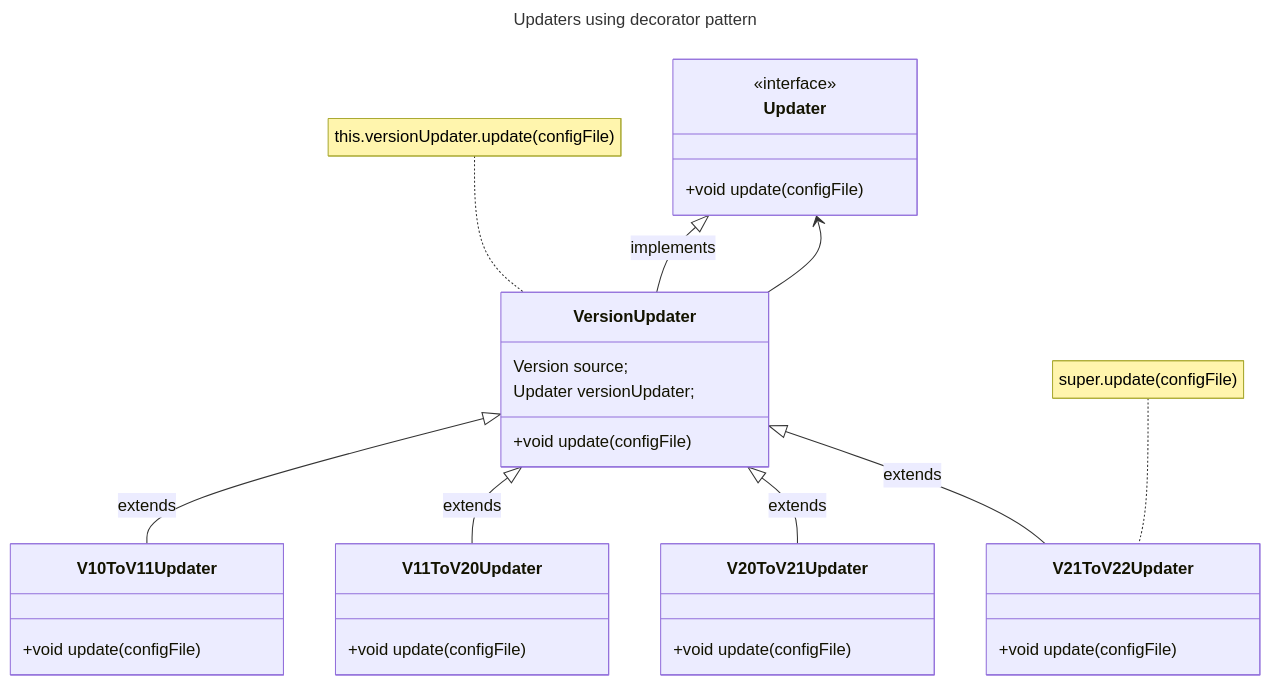
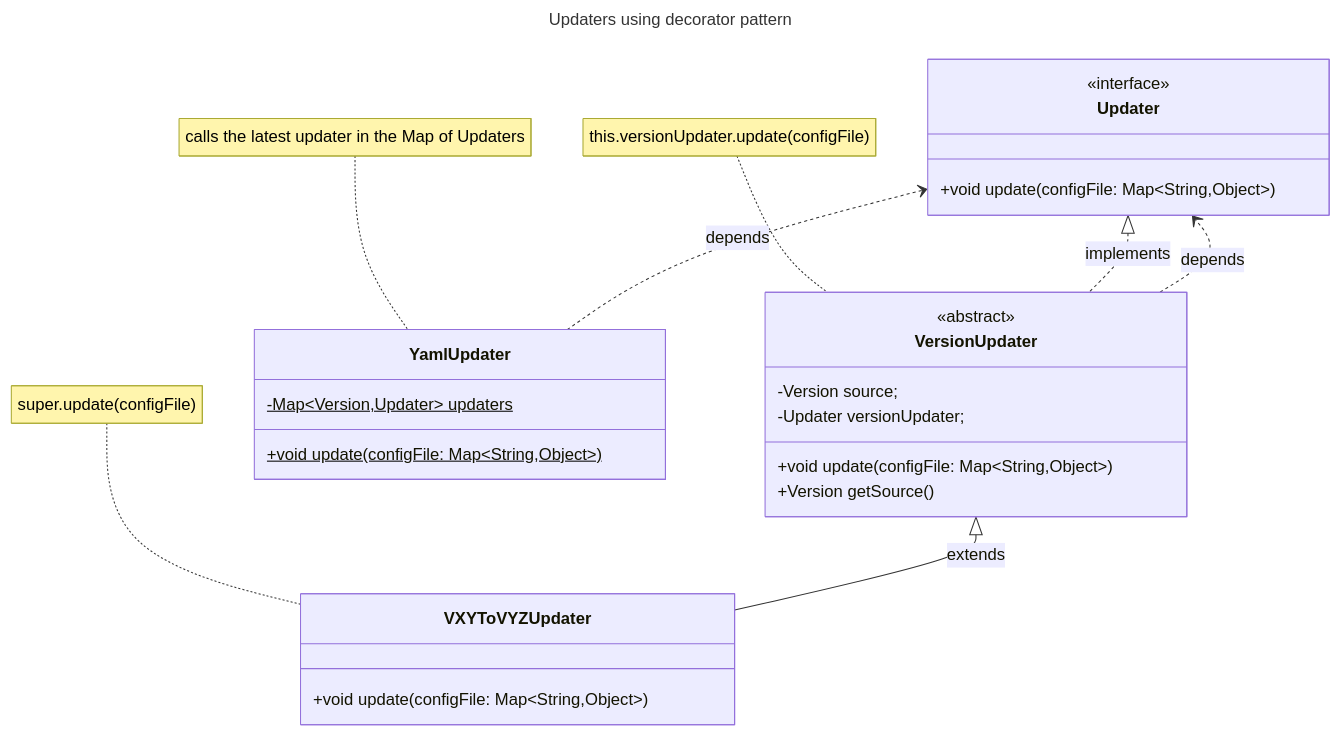
The diagram in docs/contrib/java-contrib.md (isa-group/sphere-docs), drawn with Mermaid before and after one commit.

Commit message:
feat: Updater class diagram changes

````diff
--- a/docs/contrib/java-contrib.md
+++ b/docs/contrib/java-contrib.md
@@ -170,40 +170,38 @@
 ```mermaid
 ---
 title: Updaters using decorator pattern
 ---
 classDiagram
 
   class Updater{
     <<interface>>
-    +void update(configFile)
+    +void update(configFile:  Map~String,Object~)
   }
 
   note for VersionUpdater "this.versionUpdater.update(configFile)"
   class VersionUpdater{
-    Version source;
-    Updater versionUpdater;
-    +void update(configFile)
+    <<abstract>>
+    -Version source;
+    -Updater versionUpdater;
+    +void update(configFile: Map~String,Object~)
+    +Version getSource()
   }
 
-  class V10ToV11Updater{
-    +void update(configFile)
-  }
-  class V11ToV20Updater{
-    +void update(configFile)
-  }
-  class V20ToV21Updater{
-    +void update(configFile)
+  note for VXYToVYZUpdater "super.update(configFile)"
+
+  class VXYToVYZUpdater{
+    +void update(configFile:  Map~String,Object~)
   }
 
-  note for V21ToV22Updater "super.update(configFile)"
-  class V21ToV22Updater{
-    +void update(configFile)
+  class YamlUpdater {
+    -Map~Version,Updater~ updaters$
+    +void update(configFile:  Map~String,Object~)$
   }
 
-  Updater <|-- VersionUpdater : implements
-  VersionUpdater --> Updater
-  VersionUpdater <|-- V10ToV11Updater : extends
-  VersionUpdater <|-- V11ToV20Updater : extends
-  VersionUpdater <|-- V20ToV21Updater : extends
-  VersionUpdater <|-- V21ToV22Updater : extends
+  note for YamlUpdater "calls the latest updater in the Map of Updaters"
+
+  Updater <|.. VersionUpdater : implements
+  VersionUpdater ..> Updater : depends
+  VersionUpdater <|-- VXYToVYZUpdater : extends
+  Updater <.. YamlUpdater : depends
 ```
````
